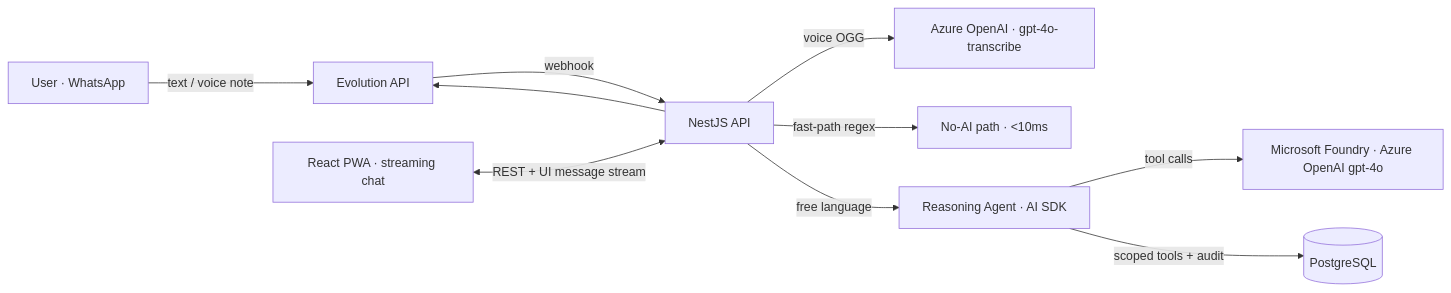
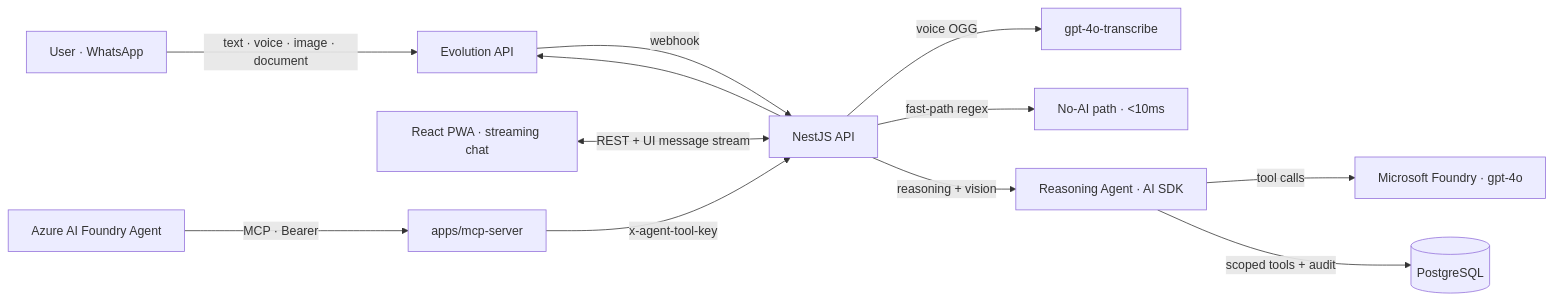
Before and after one commit to HeyArnoldo/MayordomoAI: the second of 2 diagrams in README.md, drawn with Mermaid. The commit also changed other lines of this file, not shown here.

Commit message:
docs: rewrite README for hackathon — multimodal input + MCP/Foundry integration

````diff
--- a/README.md
+++ b/README.md
@@ -30,12 +71,14 @@
 ```mermaid
 flowchart LR
-    U[User · WhatsApp] -->|text / voice note| EV[Evolution API]
+    U[User · WhatsApp] -->|text · voice · image · document| EV[Evolution API]
     EV -->|webhook| BE[NestJS API]
     PWA[React PWA · streaming chat] <-->|REST + UI message stream| BE
-    BE -->|voice OGG| TR[Azure OpenAI · gpt-4o-transcribe]
+    F[Azure AI Foundry Agent] -->|MCP · Bearer| MCP[apps/mcp-server]
+    MCP -->|x-agent-tool-key| BE
+    BE -->|voice OGG| TR[gpt-4o-transcribe]
     BE -->|fast-path regex| FP[No-AI path · <10ms]
-    BE -->|free language| AG[Reasoning Agent · AI SDK]
-    AG -->|tool calls| FOUNDRY[Microsoft Foundry · Azure OpenAI gpt-4o]
+    BE -->|reasoning + vision| AG[Reasoning Agent · AI SDK]
+    AG -->|tool calls| FOUNDRY[Microsoft Foundry · gpt-4o]
     AG -->|scoped tools + audit| DB[(PostgreSQL)]
     BE --> EV
 ```
````
